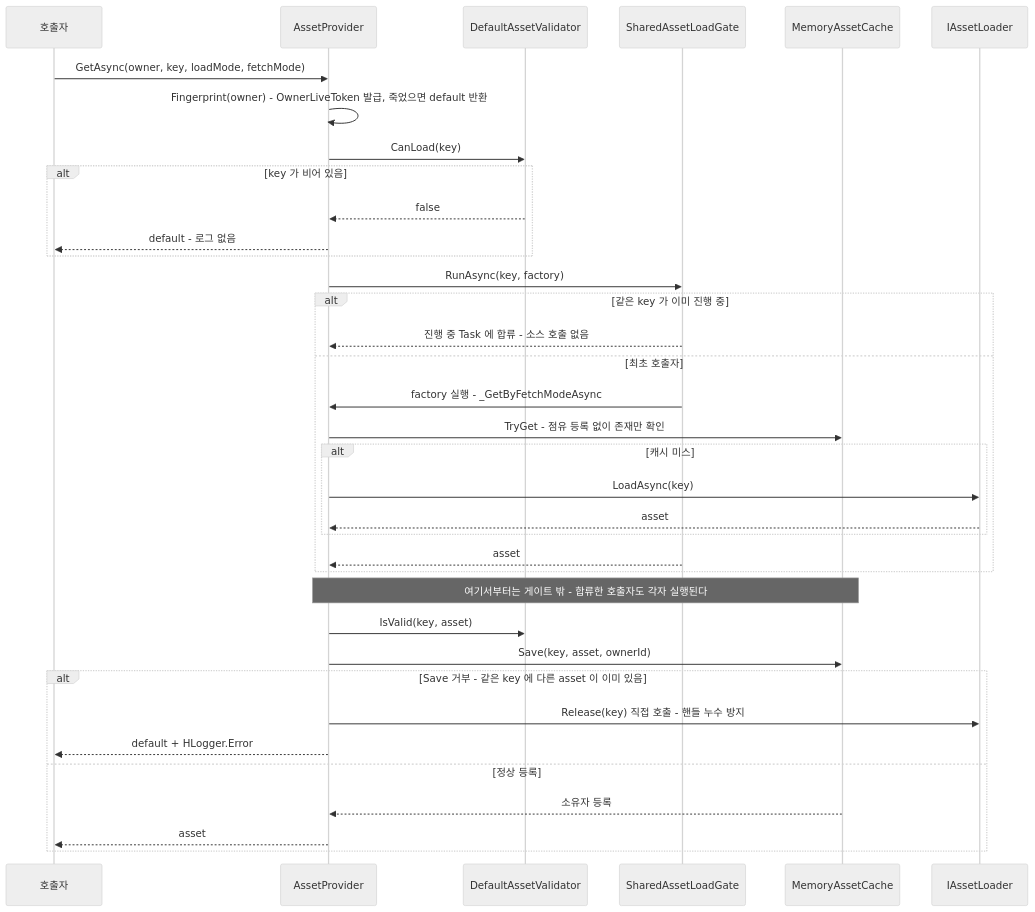
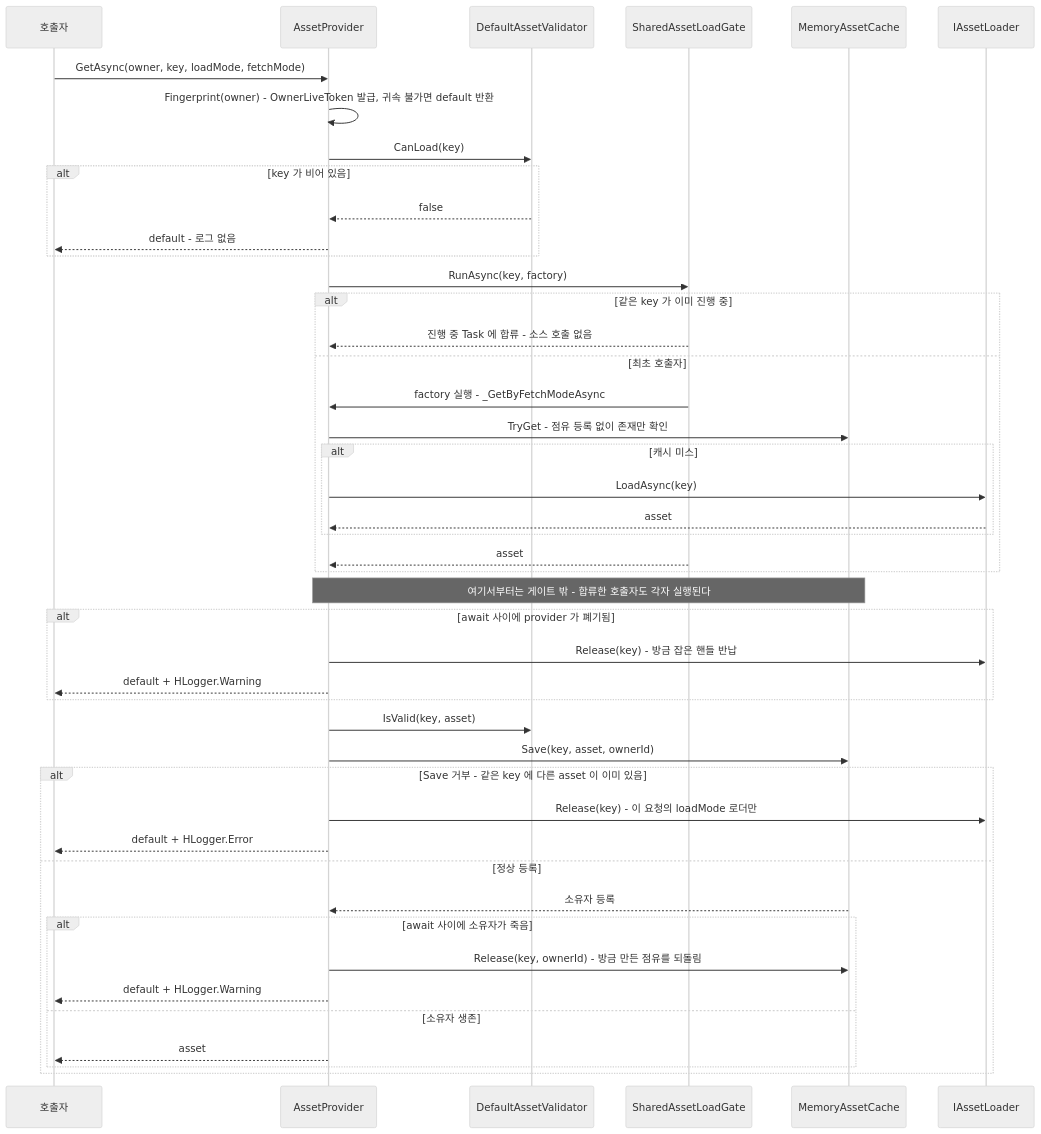
Before and after one commit to HoHong123/HCUP-Unity: the second of 3 diagrams in HResource/Runtime/README.md, drawn with Mermaid (neutral theme). The commit also changed other lines of this file, not shown here.

````diff
--- a/HResource/Runtime/README.md
+++ b/HResource/Runtime/README.md
@@ -155,39 +142,48 @@
 ```mermaid
 sequenceDiagram
     participant C as 호출자
     participant P as AssetProvider
     participant V as DefaultAssetValidator
     participant G as SharedAssetLoadGate
     participant M as MemoryAssetCache
     participant L as IAssetLoader
 
     C->>P: GetAsync(owner, key, loadMode, fetchMode)
-    P->>P: Fingerprint(owner) - OwnerLiveToken 발급, 죽었으면 default 반환
+    P->>P: Fingerprint(owner) - OwnerLiveToken 발급, 귀속 불가면 default 반환
     P->>V: CanLoad(key)
     alt key 가 비어 있음
         V-->>P: false
         P-->>C: default - 로그 없음
     end
     P->>G: RunAsync(key, factory)
     alt 같은 key 가 이미 진행 중
         G-->>P: 진행 중 Task 에 합류 - 소스 호출 없음
     else 최초 호출자
         G->>P: factory 실행 - _GetByFetchModeAsync
         P->>M: TryGet - 점유 등록 없이 존재만 확인
         alt 캐시 미스
             P->>L: LoadAsync(key)
             L-->>P: asset
         end
         G-->>P: asset
     end
     Note over P,M: 여기서부터는 게이트 밖 - 합류한 호출자도 각자 실행된다
+    alt await 사이에 provider 가 폐기됨
+        P->>L: Release(key) - 방금 잡은 핸들 반납
+        P-->>C: default + HLogger.Warning
+    end
     P->>V: IsValid(key, asset)
     P->>M: Save(key, asset, ownerId)
     alt Save 거부 - 같은 key 에 다른 asset 이 이미 있음
-        P->>L: Release(key) 직접 호출 - 핸들 누수 방지
+        P->>L: Release(key) - 이 요청의 loadMode 로더만
         P-->>C: default + HLogger.Error
     else 정상 등록
         M-->>P: 소유자 등록
-        P-->>C: asset
+        alt await 사이에 소유자가 죽음
+            P->>M: Release(key, ownerId) - 방금 만든 점유를 되돌림
+            P-->>C: default + HLogger.Warning
+        else 소유자 생존
+            P-->>C: asset
+        end
     end
 ```
````
